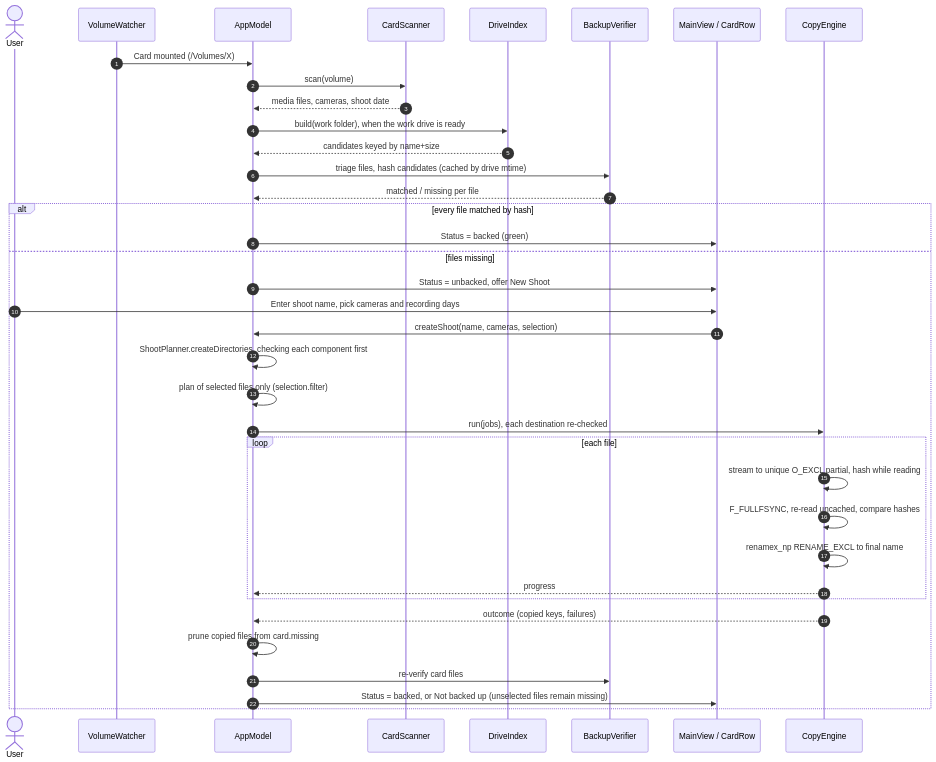
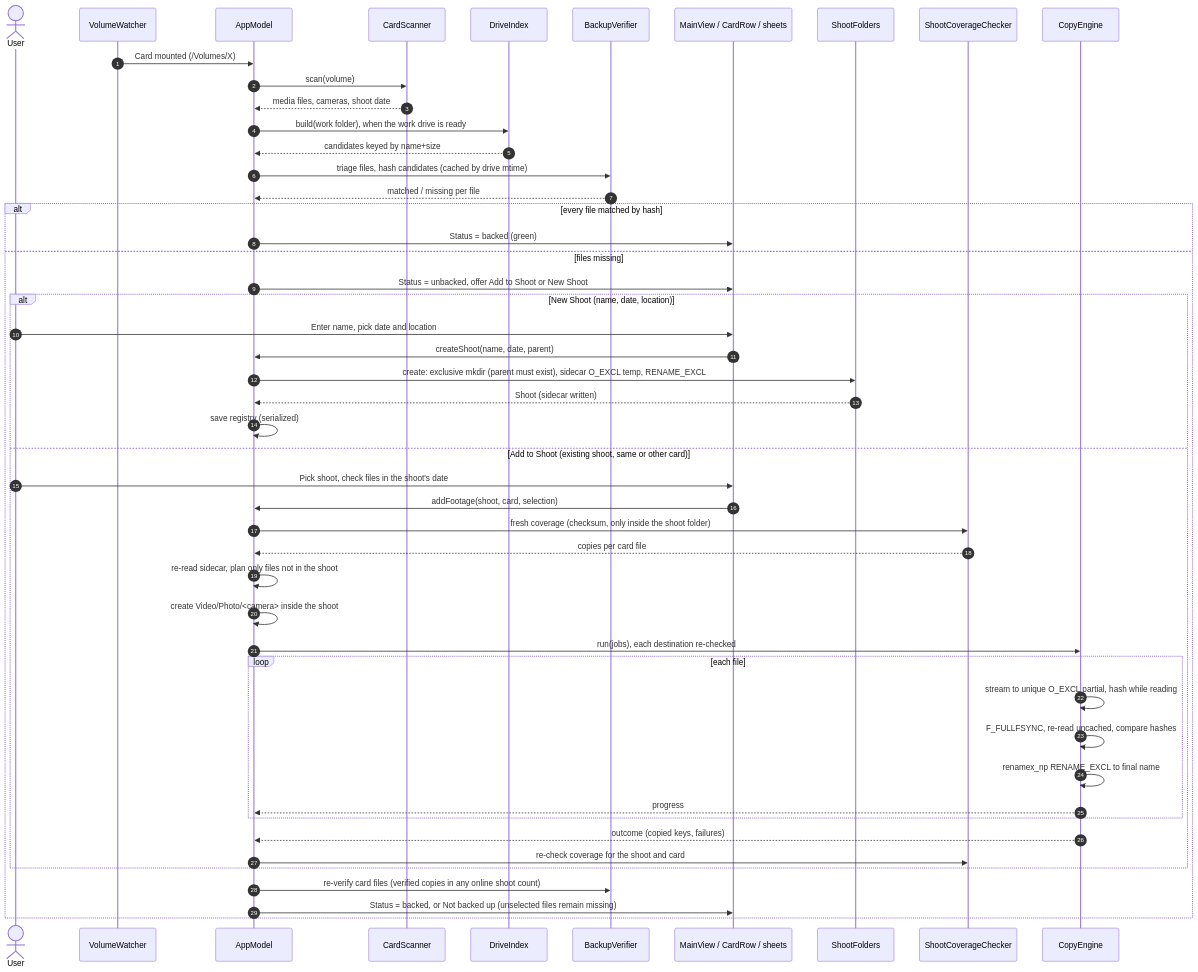
One commit to jonocorpuz/Auto changed the second of 2 diagrams in ARCHITECTURE.md. Above: the diagram before and after it, drawn with Mermaid. The commit also changed other lines of this file, not shown here.

Commit message:
docs: describe shoots, registry, coverage and thumbnails in the architecture

````diff
--- a/ARCHITECTURE.md
+++ b/ARCHITECTURE.md
@@ -153,40 +182,52 @@
 ```mermaid
 sequenceDiagram
     autonumber
     actor User
     participant Watcher as VolumeWatcher
     participant Model as AppModel
     participant Scanner as CardScanner
     participant Index as DriveIndex
     participant Verify as BackupVerifier
-    participant UI as MainView / CardRow
+    participant UI as MainView / CardRow / sheets
+    participant Folders as ShootFolders
+    participant Coverage as ShootCoverageChecker
     participant Copy as CopyEngine
 
     Watcher->>Model: Card mounted (/Volumes/X)
     Model->>Scanner: scan(volume)
     Scanner-->>Model: media files, cameras, shoot date
     Model->>Index: build(work folder), when the work drive is ready
     Index-->>Model: candidates keyed by name+size
     Model->>Verify: triage files, hash candidates (cached by drive mtime)
     Verify-->>Model: matched / missing per file
     alt every file matched by hash
         Model->>UI: Status = backed (green)
     else files missing
-        Model->>UI: Status = unbacked, offer New Shoot
-        User->>UI: Enter shoot name, pick cameras and recording days
-        UI->>Model: createShoot(name, cameras, selection)
-        Model->>Model: ShootPlanner.createDirectories, checking each component first
-        Model->>Model: plan of selected files only (selection.filter)
-        Model->>Copy: run(jobs), each destination re-checked
-        loop each file
-            Copy->>Copy: stream to unique O_EXCL partial, hash while reading
-            Copy->>Copy: F_FULLFSYNC, re-read uncached, compare hashes
-            Copy->>Copy: renamex_np RENAME_EXCL to final name
-            Copy-->>Model: progress
+        Model->>UI: Status = unbacked, offer Add to Shoot or New Shoot
+        alt New Shoot (name, date, location)
+            User->>UI: Enter name, pick date and location
+            UI->>Model: createShoot(name, date, parent)
+            Model->>Folders: create: exclusive mkdir (parent must exist), sidecar O_EXCL temp, RENAME_EXCL
+            Folders-->>Model: Shoot (sidecar written)
+            Model->>Model: save registry (serialized)
+        else Add to Shoot (existing shoot, same or other card)
+            User->>UI: Pick shoot, check files in the shoot's date
+            UI->>Model: addFootage(shoot, card, selection)
+            Model->>Coverage: fresh coverage (checksum, only inside the shoot folder)
+            Coverage-->>Model: copies per card file
+            Model->>Model: re-read sidecar, plan only files not in the shoot
+            Model->>Model: create Video/Photo/<camera> inside the shoot
+            Model->>Copy: run(jobs), each destination re-checked
+            loop each file
+                Copy->>Copy: stream to unique O_EXCL partial, hash while reading
+                Copy->>Copy: F_FULLFSYNC, re-read uncached, compare hashes
+                Copy->>Copy: renamex_np RENAME_EXCL to final name
+                Copy-->>Model: progress
+            end
+            Copy-->>Model: outcome (copied keys, failures)
+            Model->>Coverage: re-check coverage for the shoot and card
         end
-        Copy-->>Model: outcome (copied keys, failures)
-        Model->>Model: prune copied files from card.missing
-        Model->>Verify: re-verify card files
+        Model->>Verify: re-verify card files (verified copies in any online shoot count)
         Model->>UI: Status = backed, or Not backed up (unselected files remain missing)
     end
 ```
````
